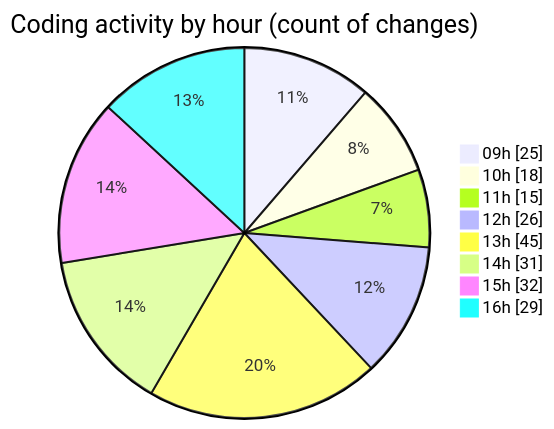
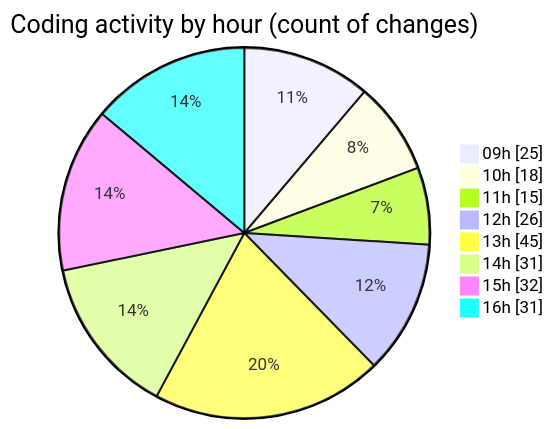
The second of 2 diagrams in 2025-03-13/cda/README.md (momahboobian/code-tracking), drawn with Mermaid before and after one commit. The commit also changed other lines of this file and 1 other file, not shown here.

````diff
--- a/2025-03-13/cda/README.md
+++ b/2025-03-13/cda/README.md
@@ -44,12 +44,12 @@
 ```mermaid
 pie showData
 title Coding activity by hour (count of changes)
 "09h" : 25
 "10h" : 18
 "11h" : 15
 "12h" : 26
 "13h" : 45
 "14h" : 31
 "15h" : 32
-"16h" : 29
+"16h" : 31
 ```
````
